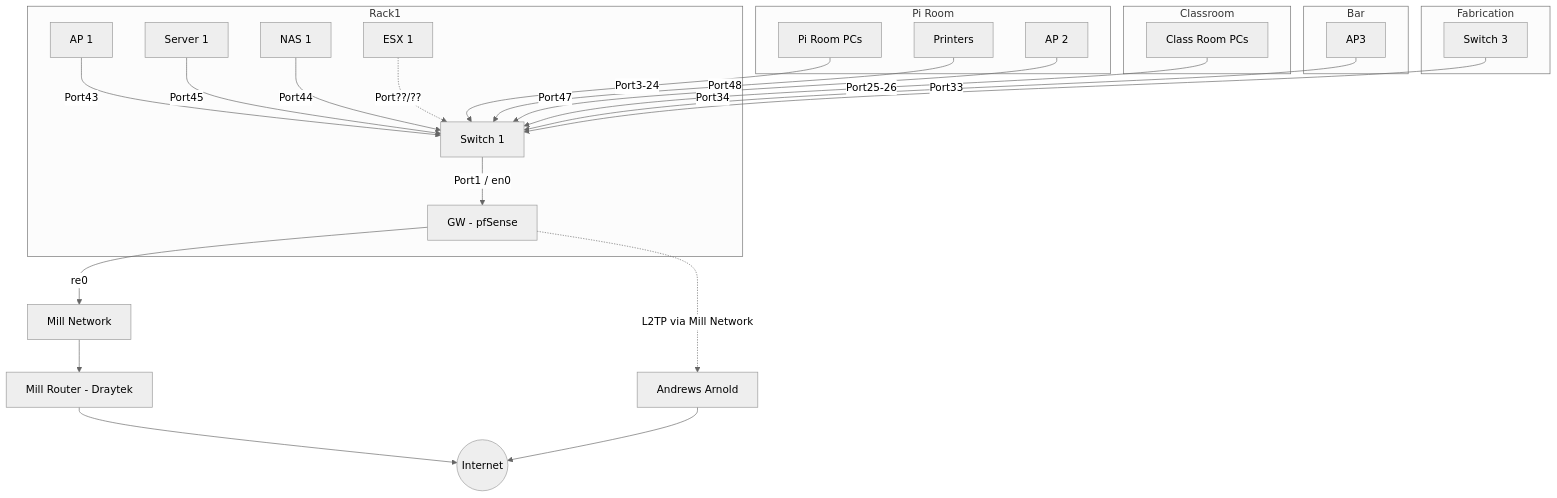
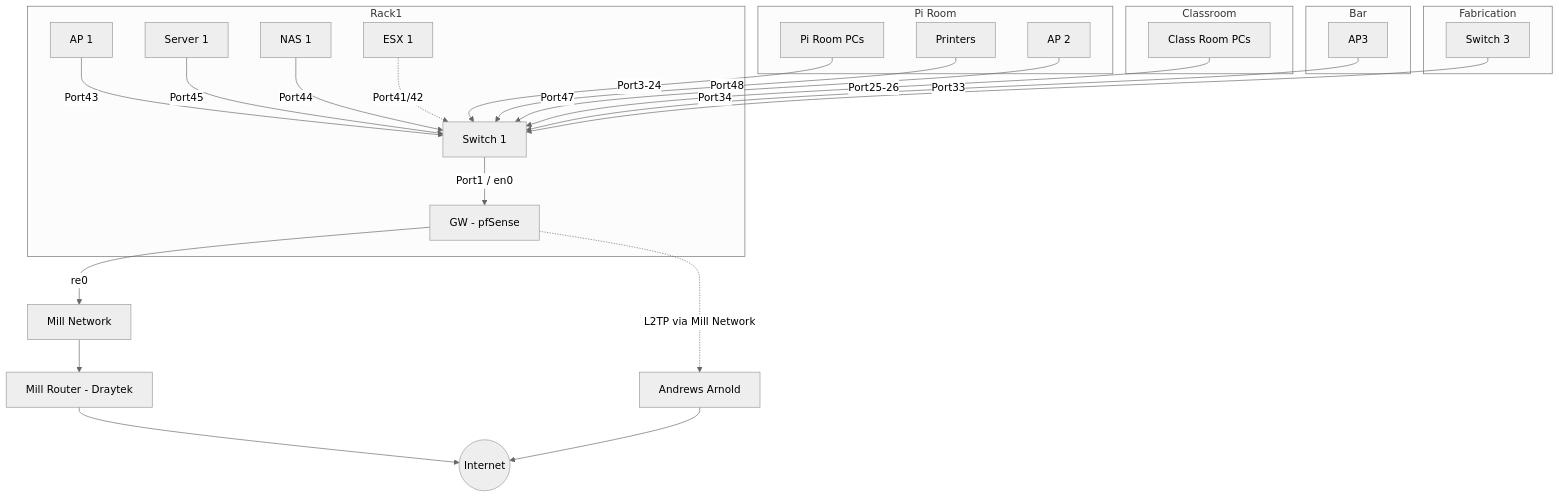
One commit to leigh-hackspace/HackspaceWiki changed the first of 2 diagrams in docs/infrastructure/network_layout.md. Above: the diagram before and after it, drawn with Mermaid (neutral theme). The commit also changed other lines of this file, not shown here.

Commit message:
Add ports for ESX1

````diff
--- a/docs/infrastructure/network_layout.md
+++ b/docs/infrastructure/network_layout.md
@@ -7,34 +7,34 @@
 ```mermaid
 graph 
     subgraph Rack1
     GW[GW - pfSense] 
     AP[AP 1] -->|Port43| SWITCH1
     SWITCH1[Switch 1] -->|Port1 / en0| GW
     SERVER1[Server 1] -->|Port45| SWITCH1
     NAS1[NAS 1] --> |Port44| SWITCH1
-    ESX1[ESX 1] -.-> |Port??/??| SWITCH1
+    ESX1[ESX 1] -.-> |Port41/42| SWITCH1
     end
 
     GW -->|re0| MILL
     GW -. L2TP via Mill Network .-> AAISP
     MILL[Mill Network] --> MILLROUTER[Mill Router - Draytek] --> INTERNET((Internet))
     AAISP[Andrews Arnold] --> INTERNET
     
     subgraph Pi Room
     PIROOMPC[Pi Room PCs] -->|Port3-24| SWITCH1
     PRINTERS[Printers] -->|Port48| SWITCH1
     PIROOMAP[AP 2] --> |Port47| SWITCH1
     end
 
     subgraph Classroom
     CLASSROOMPC[Class Room PCs] -->|Port25-26| SWITCH1
     end
     
     subgraph Bar
     AP3[AP3] -->|Port33| SWITCH1
     end
     
     subgraph Fabrication
     SWITCH3[Switch 3] -->|Port34| SWITCH1
     end
 ```
````
